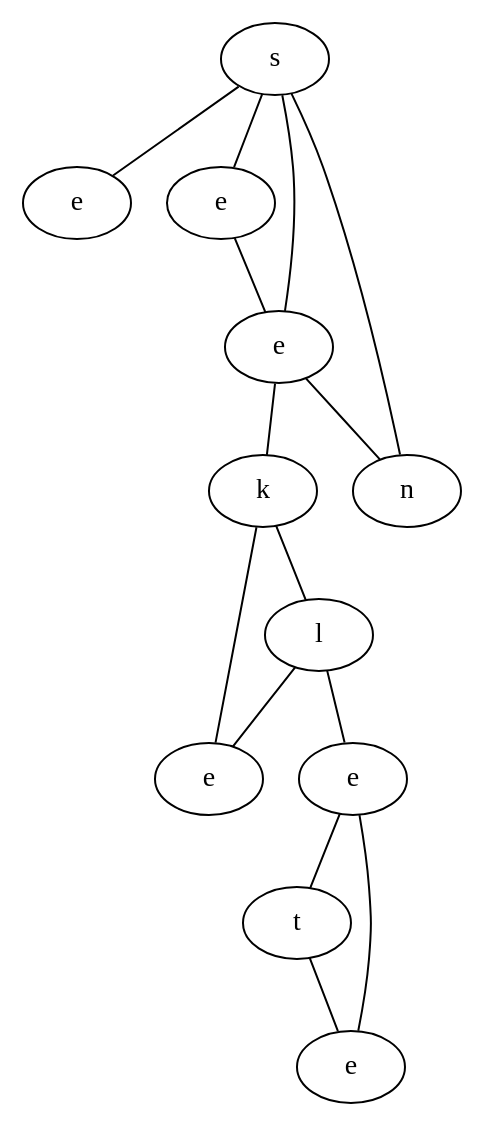
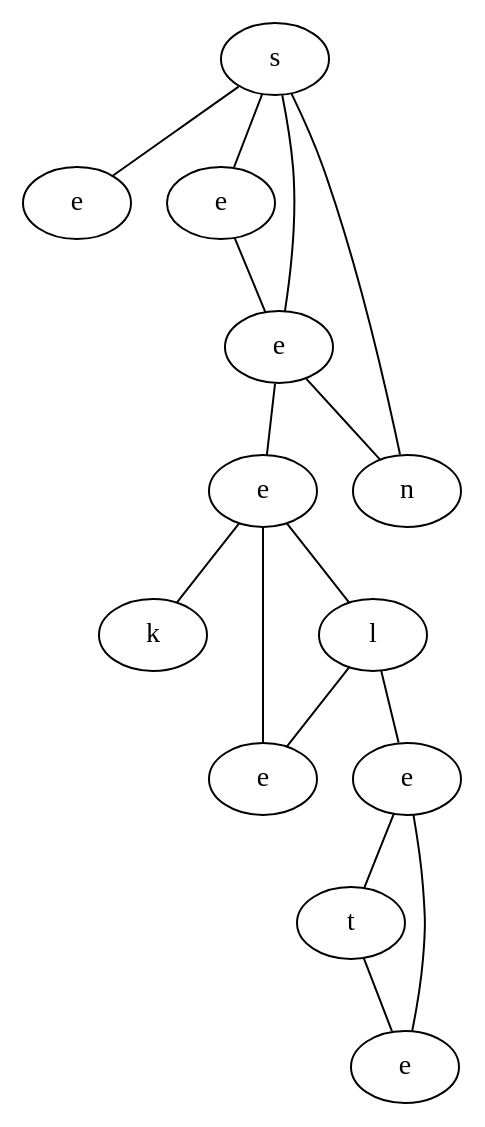
Before and after one commit to schrum2/MM-NEAT: the diagram in data/VGLC/graph.dot, drawn with Graphviz. The commit also changed 4 other files, not shown here.

```diff
--- a/data/VGLC/graph.dot
+++ b/data/VGLC/graph.dot
@@ -1,27 +1,29 @@
 graph {
-dDKw[label="s"]
-amNj[label="e"]
-zViF[label="e"]
-kqFH[label="e"]
-pUET[label="n"]
-EzwW[label="k"]
-dsHF[label="l"]
-WDvA[label="e"]
-EYoF[label="e"]
-eRHu[label="t"]
-PjUN[label="e"]
-dDKw -- amNj
-dDKw -- zViF
-dDKw -- kqFH
-dDKw -- pUET
-zViF -- kqFH
-kqFH -- EzwW
-kqFH -- pUET
-EzwW -- dsHF
-EzwW -- WDvA
-dsHF -- WDvA
-dsHF -- EYoF
-EYoF -- eRHu
-EYoF -- PjUN
-eRHu -- PjUN
+GPMB[label="s"]
+PznW[label="e"]
+jGGN[label="e"]
+nvkZ[label="e"]
+rhYE[label="n"]
+tBrP[label="e"]
+waUi[label="k"]
+XwdM[label="l"]
+WvbC[label="e"]
+cKJS[label="e"]
+Jvuj[label="t"]
+XgNT[label="e"]
+GPMB -- PznW
+GPMB -- jGGN
+GPMB -- nvkZ
+GPMB -- rhYE
+jGGN -- nvkZ
+nvkZ -- tBrP
+nvkZ -- rhYE
+tBrP -- waUi
+tBrP -- XwdM
+tBrP -- WvbC
+XwdM -- cKJS
+XwdM -- WvbC
+cKJS -- Jvuj
+cKJS -- XgNT
+Jvuj -- XgNT
 }
```
